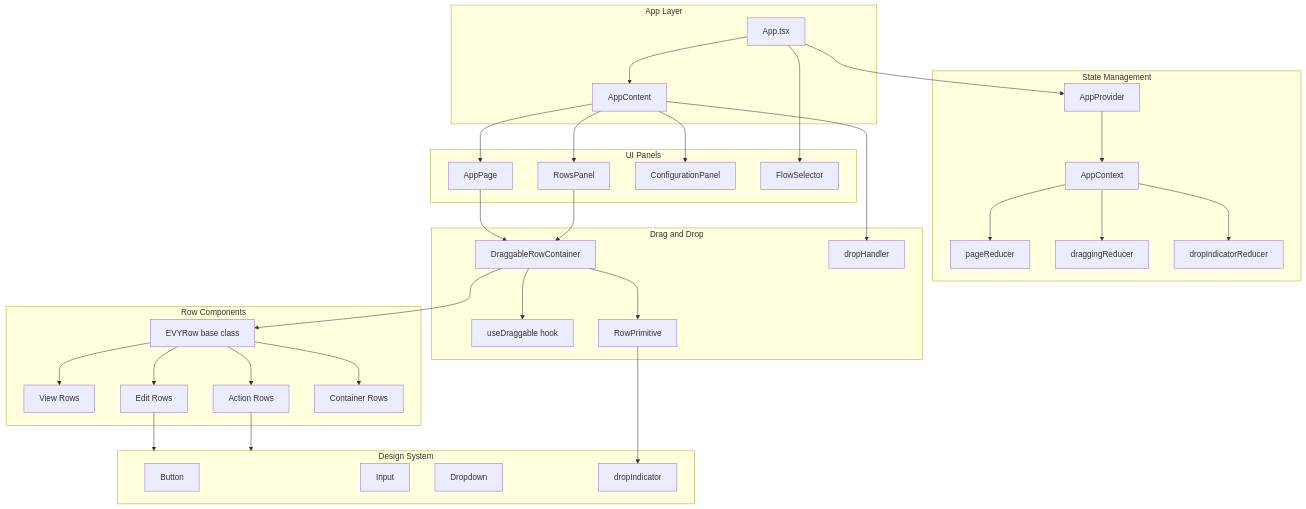
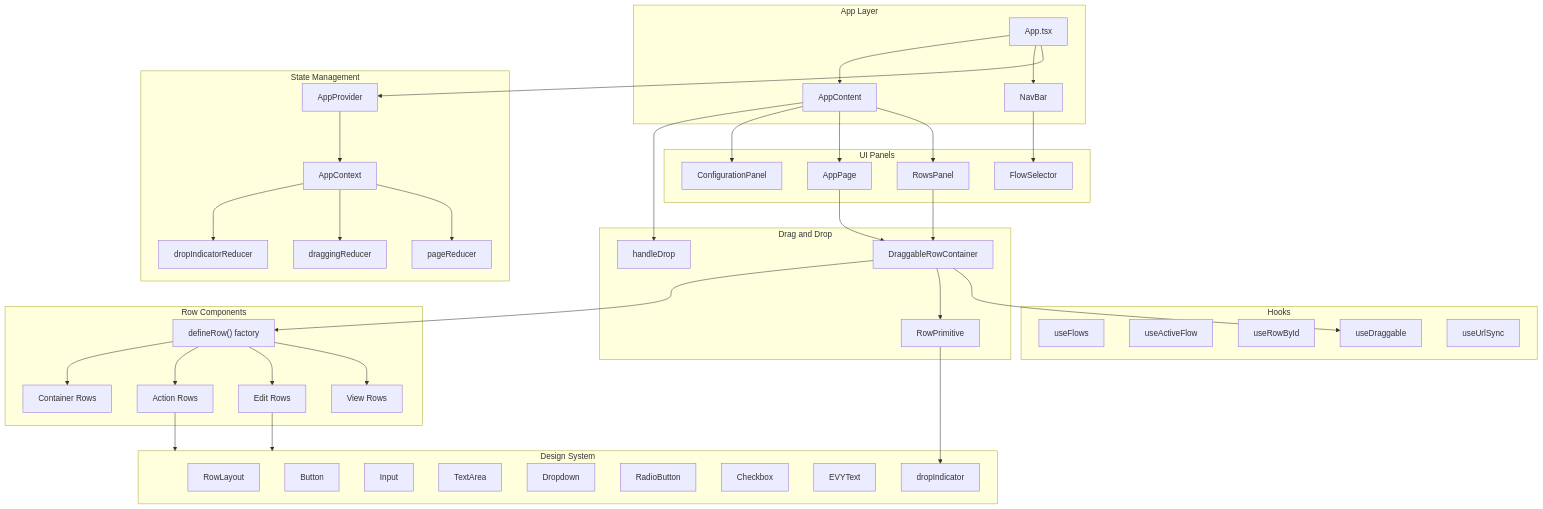
Before and after one commit to EVY-Platform/evy: the diagram in web/README.md, drawn with Mermaid. The commit also changed other lines of this file and 1 other file, not shown here.

Commit message:
[REFACTOR] Align web LICENSE and README with GPL-3.0-only (#129)
Replace the stale Apache 2.0 notice in web/LICENSE with
GPL-3.0-only to match package.json and the repo root license.

Refresh the web README:
- Architecture diagram: add NavBar, Hooks subgraph, all design-system
  components; fix FlowSelector placement; replace EVYRow abstract
  base class with defineRow() factory.
- Row categories: list every current row component explicitly.
- Testing section: document both `bun run test` and `bun run test:e2e`.
- License section: reference GPL-3.0-only consistently.

Made-with: Cursor

```diff
--- a/web/README.md
+++ b/web/README.md
@@ -10,6 +10,7 @@
 graph TB
     subgraph app [App Layer]
         App[App.tsx]
+        NavBar[NavBar]
         AppContent[AppContent]
     end
 
@@ -21,6 +22,14 @@
         DropIndicatorReducer[dropIndicatorReducer]
     end
 
+    subgraph hooks [Hooks]
+        useFlows[useFlows]
+        useActiveFlow[useActiveFlow]
+        useRowById[useRowById]
+        useDraggable[useDraggable]
+        useUrlSync[useUrlSync]
+    end
+
     subgraph panels [UI Panels]
         RowsPanel[RowsPanel]
         AppPage[AppPage]
@@ -29,14 +38,13 @@
     end
 
     subgraph dragdrop [Drag and Drop]
-        useDraggable[useDraggable hook]
         DraggableRowContainer[DraggableRowContainer]
         RowPrimitive[RowPrimitive]
-        DropHandler[dropHandler]
+        DropHandler[handleDrop]
     end
 
     subgraph rows [Row Components]
-        EVYRow[EVYRow base class]
+        defineRow["defineRow() factory"]
         ViewRows[View Rows]
         EditRows[Edit Rows]
         ActionRows[Action Rows]
@@ -44,9 +52,14 @@
     end
 
     subgraph designsystem [Design System]
+        RowLayout[RowLayout]
         Button[Button]
         Input[Input]
+        TextAreaDS[TextArea]
         Dropdown[Dropdown]
+        RadioButton[RadioButton]
+        Checkbox[Checkbox]
+        EVYText[EVYText]
         DropIndicator[dropIndicator]
     end
 
@@ -56,23 +69,24 @@
     AppContext --> DraggingReducer
     AppContext --> DropIndicatorReducer
 
+    App --> NavBar
+    NavBar --> FlowSelector
     App --> AppContent
     AppContent --> RowsPanel
     AppContent --> AppPage
     AppContent --> ConfigPanel
-    App --> FlowSelector
+    AppContent --> DropHandler
 
     AppPage --> DraggableRowContainer
     DraggableRowContainer --> useDraggable
     DraggableRowContainer --> RowPrimitive
     RowsPanel --> DraggableRowContainer
-    AppContent --> DropHandler
 
-    DraggableRowContainer --> EVYRow
-    EVYRow --> ViewRows
-    EVYRow --> EditRows
-    EVYRow --> ActionRows
-    EVYRow --> ContainerRows
+    DraggableRowContainer --> defineRow
+    defineRow --> ViewRows
+    defineRow --> EditRows
+    defineRow --> ActionRows
+    defineRow --> ContainerRows
 
     RowPrimitive --> DropIndicator
     EditRows --> designsystem
```
